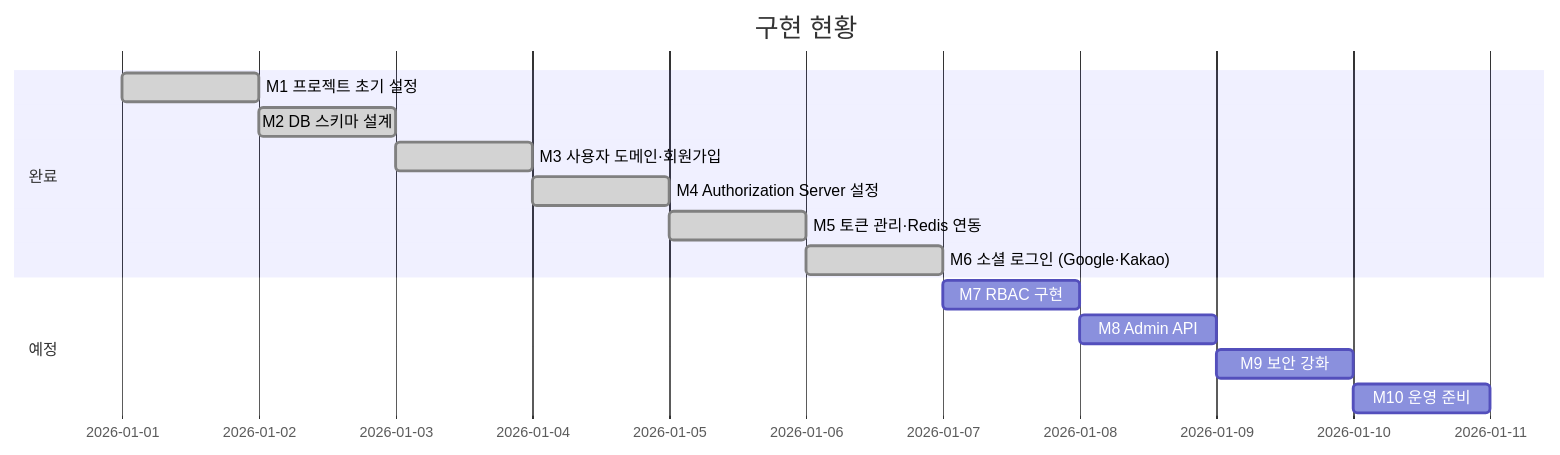
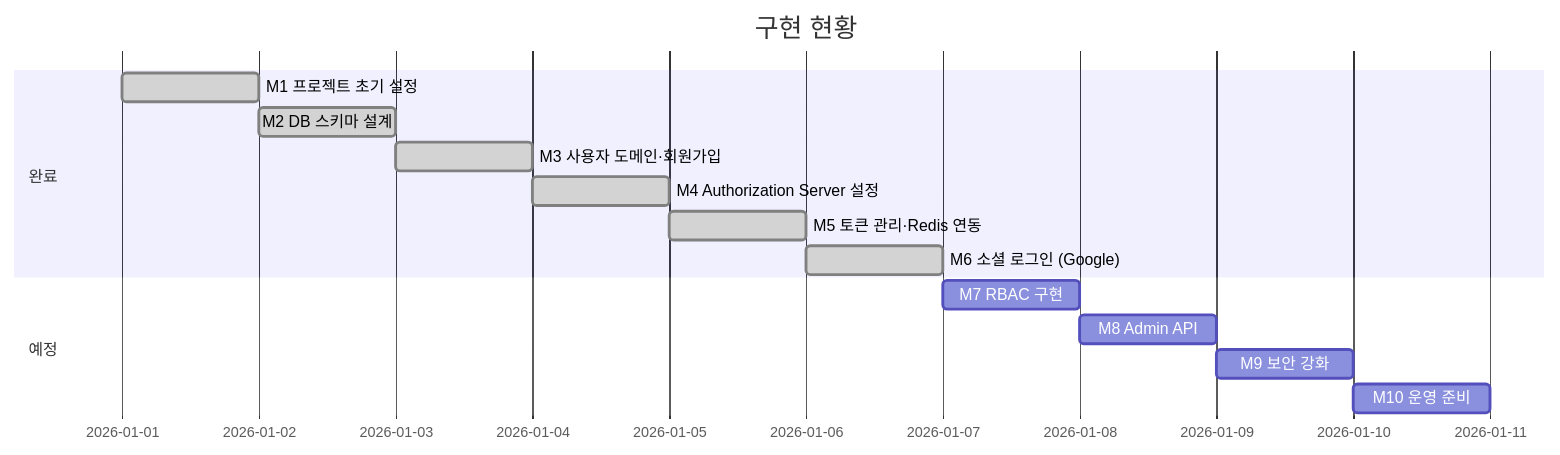
One commit to dodudi/rudy-project changed the eighth of 8 diagrams in auth-spring/README.md. Above: the diagram before and after it, drawn with Mermaid. The commit also changed other lines of this file and 9 other files, not shown here.

Commit message:
[feat] Google 소셜 로그인 구현

````diff
--- a/auth-spring/README.md
+++ b/auth-spring/README.md
@@ -333,17 +331,17 @@
 ```mermaid
 gantt
     title 구현 현황
     dateFormat YYYY-MM-DD
     section 완료
     M1 프로젝트 초기 설정         :done, m1, 2026-01-01, 1d
     M2 DB 스키마 설계             :done, m2, after m1, 1d
     M3 사용자 도메인·회원가입      :done, m3, after m2, 1d
     M4 Authorization Server 설정  :done, m4, after m3, 1d
     M5 토큰 관리·Redis 연동       :done, m5, after m4, 1d
-    M6 소셜 로그인 (Google·Kakao) :done, m6, after m5, 1d
+    M6 소셜 로그인 (Google)       :done, m6, after m5, 1d
     section 예정
     M7 RBAC 구현                  :m7, after m6, 1d
     M8 Admin API                  :m8, after m7, 1d
     M9 보안 강화                  :m9, after m8, 1d
     M10 운영 준비                 :m10, after m9, 1d
 ```
````
